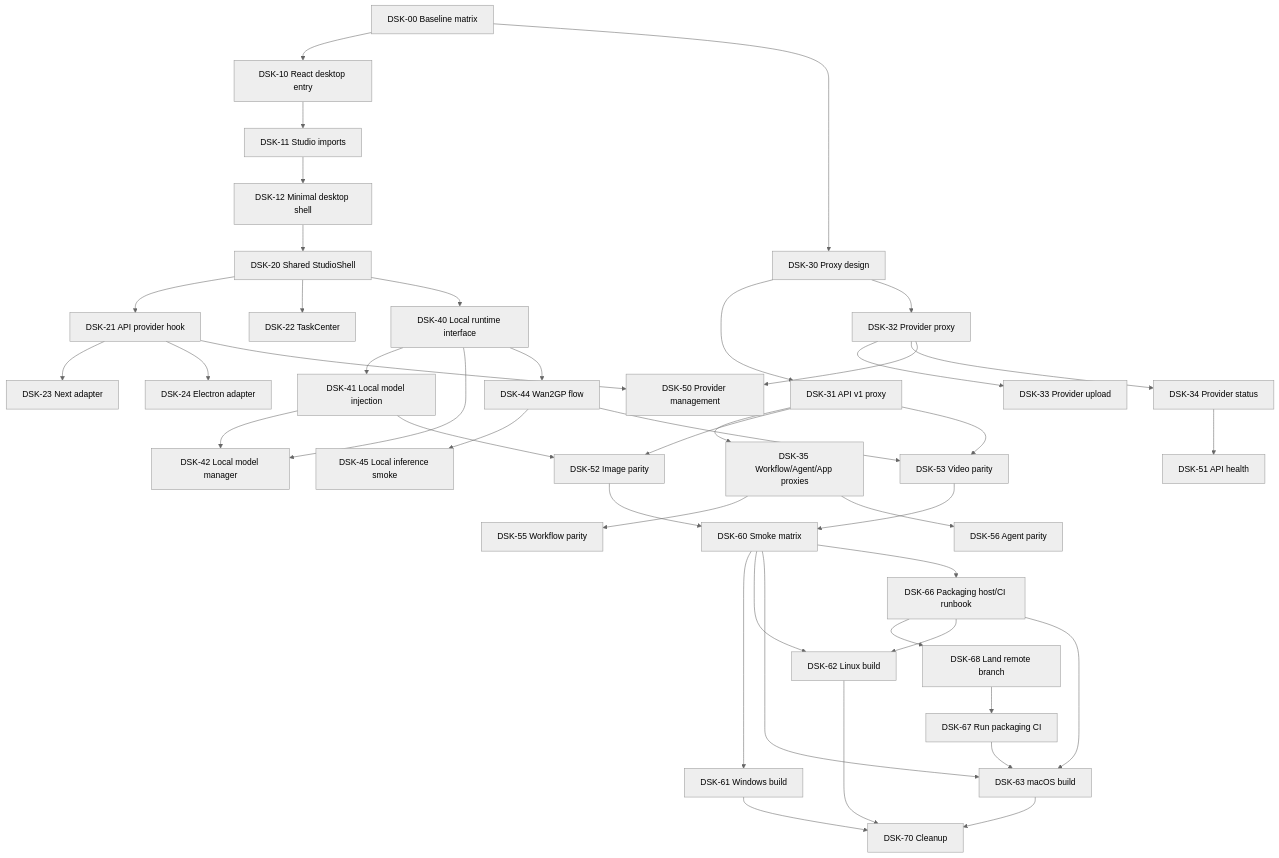
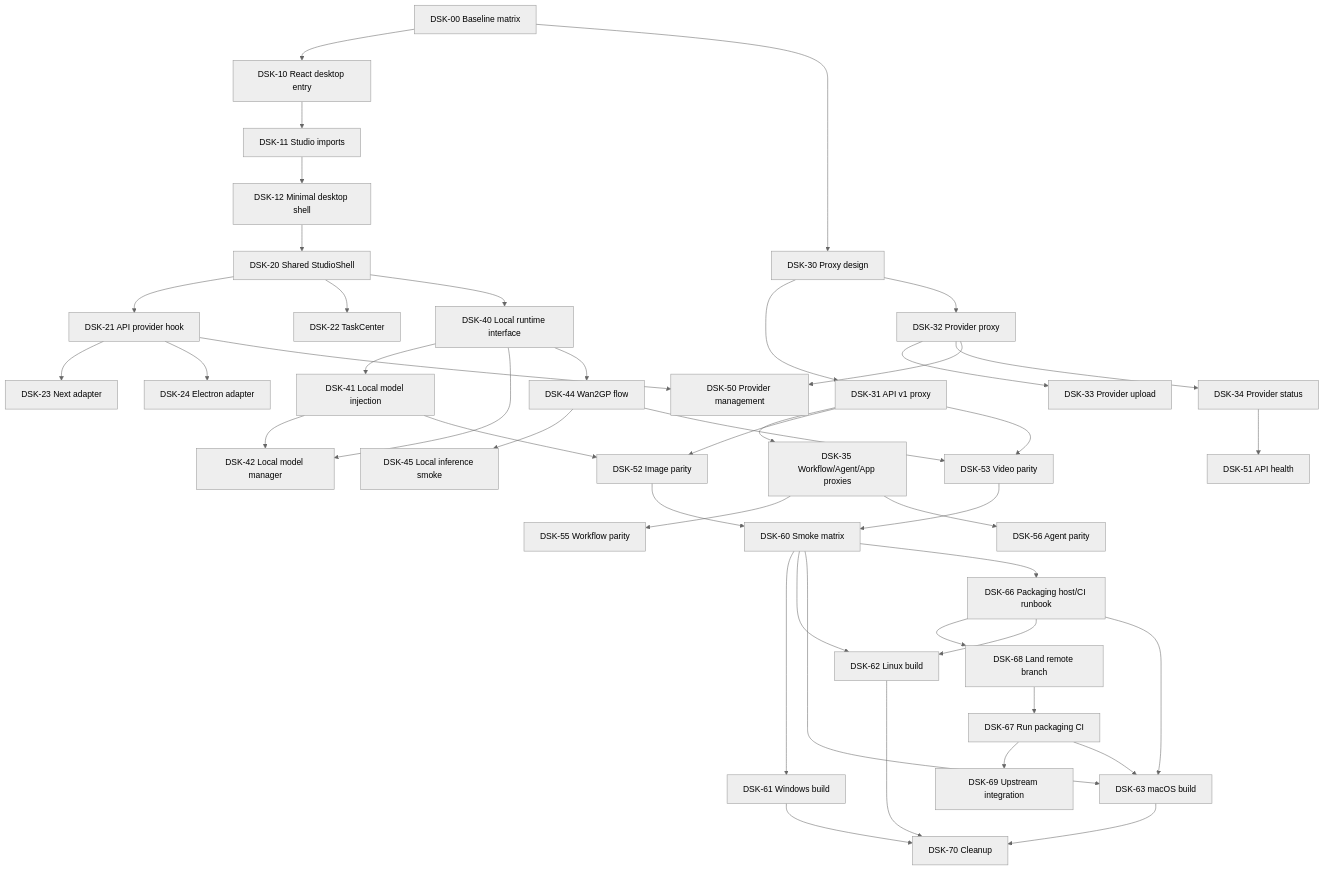
Before and after one commit to Anil-matcha/Open-Generative-AI: the diagram in docs/product/2026-05-26-desktop-web-sync-master-plan.md, drawn with Mermaid (neutral theme). The commit also changed other lines of this file and 2 other files, not shown here.

````diff
--- a/docs/product/2026-05-26-desktop-web-sync-master-plan.md
+++ b/docs/product/2026-05-26-desktop-web-sync-master-plan.md
@@ -289,46 +290,47 @@
 ```mermaid
 flowchart TD
   DSK00["DSK-00 Baseline matrix"] --> DSK10["DSK-10 React desktop entry"]
   DSK00 --> DSK30["DSK-30 Proxy design"]
   DSK10 --> DSK11["DSK-11 Studio imports"]
   DSK11 --> DSK12["DSK-12 Minimal desktop shell"]
   DSK12 --> DSK20["DSK-20 Shared StudioShell"]
   DSK20 --> DSK21["DSK-21 API provider hook"]
   DSK20 --> DSK22["DSK-22 TaskCenter"]
   DSK21 --> DSK23["DSK-23 Next adapter"]
   DSK21 --> DSK24["DSK-24 Electron adapter"]
   DSK30 --> DSK31["DSK-31 API v1 proxy"]
   DSK30 --> DSK32["DSK-32 Provider proxy"]
   DSK32 --> DSK33["DSK-33 Provider upload"]
   DSK32 --> DSK34["DSK-34 Provider status"]
   DSK31 --> DSK35["DSK-35 Workflow/Agent/App proxies"]
   DSK20 --> DSK40["DSK-40 Local runtime interface"]
   DSK40 --> DSK41["DSK-41 Local model injection"]
   DSK40 --> DSK42["DSK-42 Local model manager"]
   DSK40 --> DSK44["DSK-44 Wan2GP flow"]
   DSK41 --> DSK42
   DSK44 --> DSK45["DSK-45 Local inference smoke"]
   DSK21 --> DSK50["DSK-50 Provider management"]
   DSK32 --> DSK50
   DSK34 --> DSK51["DSK-51 API health"]
   DSK31 --> DSK52["DSK-52 Image parity"]
   DSK31 --> DSK53["DSK-53 Video parity"]
   DSK41 --> DSK52
   DSK44 --> DSK53
   DSK35 --> DSK55["DSK-55 Workflow parity"]
   DSK35 --> DSK56["DSK-56 Agent parity"]
   DSK52 --> DSK60["DSK-60 Smoke matrix"]
   DSK53 --> DSK60
   DSK60 --> DSK61["DSK-61 Windows build"]
   DSK60 --> DSK62["DSK-62 Linux build"]
   DSK60 --> DSK63["DSK-63 macOS build"]
   DSK60 --> DSK66["DSK-66 Packaging host/CI runbook"]
   DSK66 --> DSK68["DSK-68 Land remote branch"]
   DSK68 --> DSK67["DSK-67 Run packaging CI"]
+  DSK67 --> DSK69["DSK-69 Upstream integration"]
   DSK66 --> DSK62
   DSK66 --> DSK63
   DSK67 --> DSK63
   DSK61 --> DSK70["DSK-70 Cleanup"]
   DSK62 --> DSK70
   DSK63 --> DSK70
 ```
````
